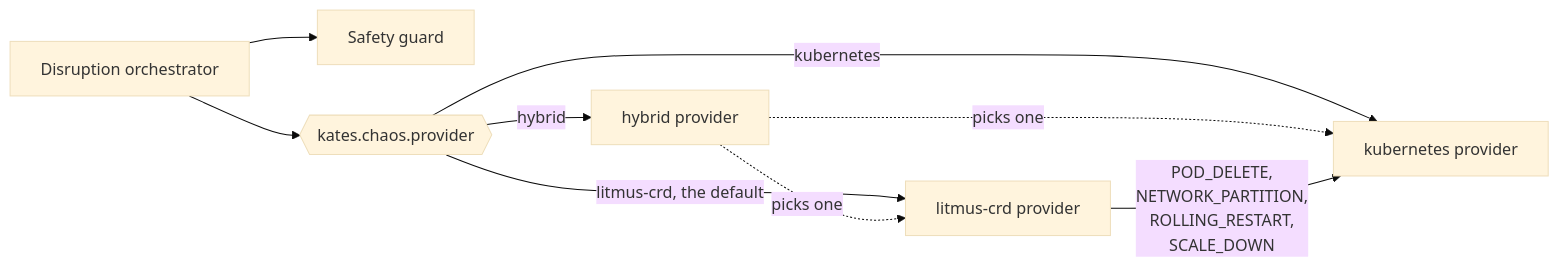
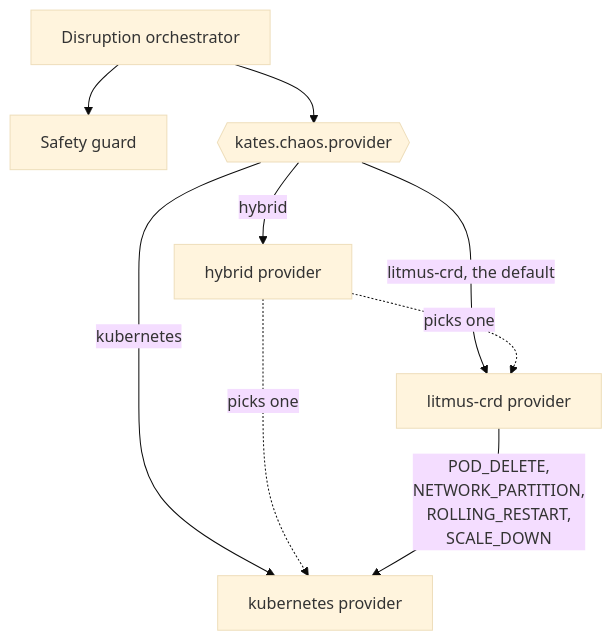
The fourth of 5 diagrams in docs/book/02-architecture.md (bmscomp/kates), drawn with Mermaid (base theme) before and after one commit. The commit also changed other lines of this file and 1 other file, not shown here.

First line of the commit message:
fix(book): draw the architecture overview narrow enough to read in place

````diff
--- a/docs/book/02-architecture.md
+++ b/docs/book/02-architecture.md
@@ -178,14 +190,14 @@
 ```mermaid
 %%| label: fig-architecture-disruption-engine
 %%| fig-cap: "A disruption plan's orchestrator checks the plan with the safety guard and hands every fault to the one chaos provider that kates.chaos.provider selects."
 %%| fig-alt: "Flowchart. The disruption orchestrator calls the safety guard and the setting kates.chaos.provider, which selects the litmus-crd provider by default, the kubernetes provider, or the hybrid provider, which picks one of the two. The litmus-crd provider hands POD_DELETE, NETWORK_PARTITION, ROLLING_RESTART and SCALE_DOWN to the kubernetes provider."
-graph LR
+graph TB
     DO["Disruption orchestrator"] --> DSG["Safety guard"]
     DO --> CP{{kates.chaos.provider}}
     CP -->|"litmus-crd, the default"| LCP["litmus-crd provider"]
     CP -->|kubernetes| KCP["kubernetes provider"]
     CP -->|hybrid| HCP["hybrid provider"]
     HCP -.->|picks one| LCP
     HCP -.->|picks one| KCP
     LCP -->|"POD_DELETE,<br/>NETWORK_PARTITION,<br/>ROLLING_RESTART,<br/>SCALE_DOWN"| KCP
 ```
````
